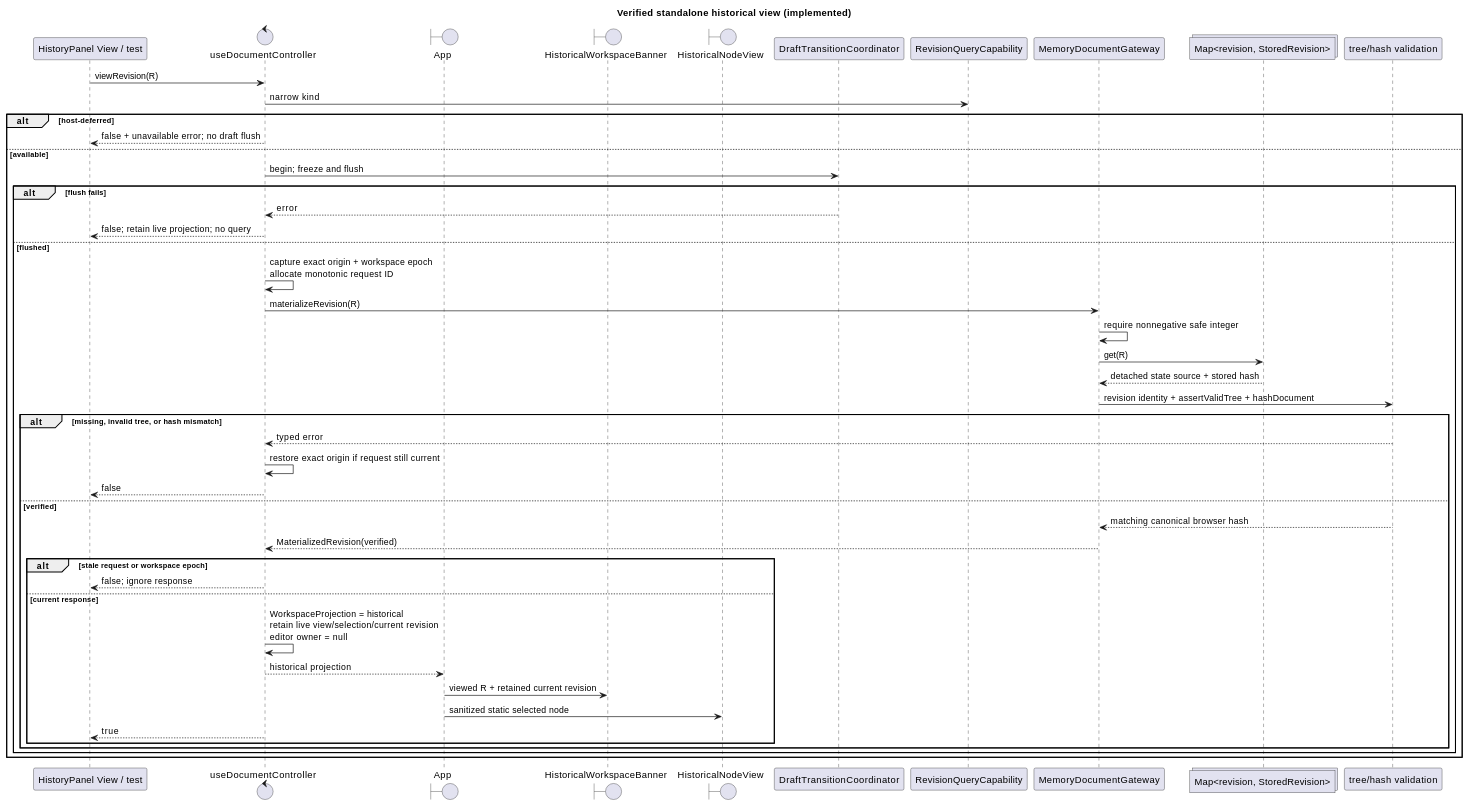
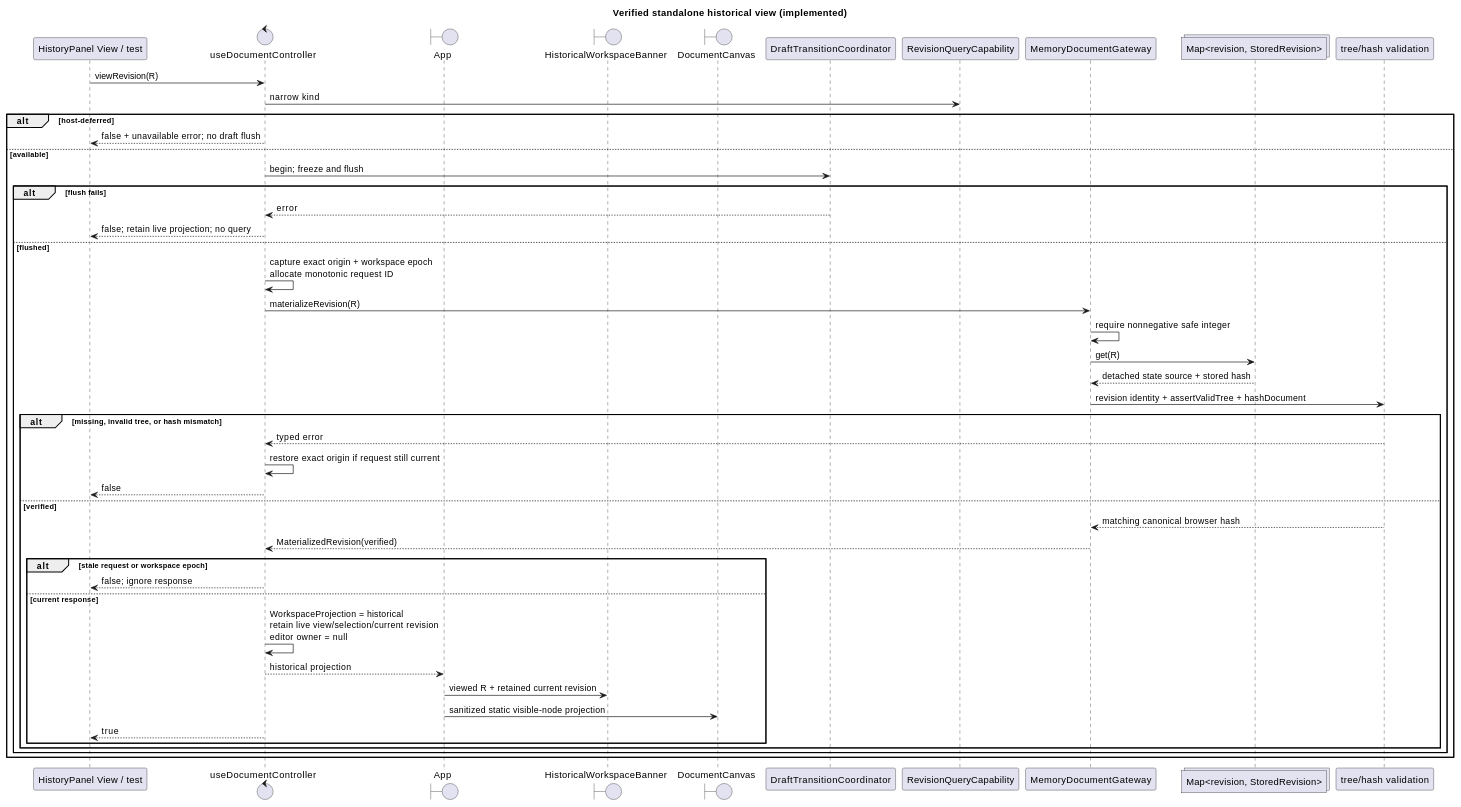
Before and after one commit to benoit-gl/coedit: diagram 14 of 14 in docs/SEQUENCE_DIAGRAMS.md, drawn with PlantUML. The commit also changed other lines of this file and 33 other files, not shown here.

````diff
--- a/docs/SEQUENCE_DIAGRAMS.md
+++ b/docs/SEQUENCE_DIAGRAMS.md
@@ -779,51 +779,51 @@
 ```plantuml
 @startuml
 title Verified standalone historical view (implemented)
 participant "HistoryPanel View / test" as Caller
 control "useDocumentController" as Controller
 boundary App
 boundary HistoricalWorkspaceBanner as Banner
-boundary HistoricalNodeView as HistoricalView
+boundary DocumentCanvas as HistoricalCanvas
 participant "DraftTransitionCoordinator" as Drafts
 participant "RevisionQueryCapability" as Capability
 participant "MemoryDocumentGateway" as Memory
 collections "Map<revision, StoredRevision>" as Snapshots
 participant "tree/hash validation" as Validation
 
 Caller -> Controller : viewRevision(R)
 Controller -> Capability : narrow kind
 alt host-deferred
   Controller --> Caller : false + unavailable error; no draft flush
 else available
   Controller -> Drafts : begin; freeze and flush
   alt flush fails
     Drafts --> Controller : error
     Controller --> Caller : false; retain live projection; no query
   else flushed
     Controller -> Controller : capture exact origin + workspace epoch\nallocate monotonic request ID
     Controller -> Memory : materializeRevision(R)
     Memory -> Memory : require nonnegative safe integer
     Memory -> Snapshots : get(R)
     Snapshots --> Memory : detached state source + stored hash
     Memory -> Validation : revision identity + assertValidTree + hashDocument
     alt missing, invalid tree, or hash mismatch
       Validation --> Controller : typed error
       Controller -> Controller : restore exact origin if request still current
       Controller --> Caller : false
     else verified
       Validation --> Memory : matching canonical browser hash
       Memory --> Controller : MaterializedRevision(verified)
       alt stale request or workspace epoch
         Controller --> Caller : false; ignore response
       else current response
         Controller -> Controller : WorkspaceProjection = historical\nretain live view/selection/current revision\neditor owner = null
         Controller --> App : historical projection
         App -> Banner : viewed R + retained current revision
-        App -> HistoricalView : sanitized static selected node
+        App -> HistoricalCanvas : sanitized static visible-node projection
         Controller --> Caller : true
       end
     end
   end
 end
 @enduml
 ```
````
